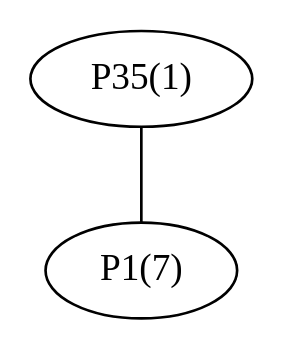
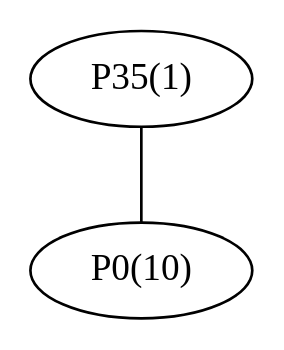
Before and after one commit to afkpost/P2PN_2014: the diagram in files/P35/graph_P35.dot, drawn with Graphviz. The commit also changed 110 other files, not shown here.

```diff
--- a/files/P35/graph_P35.dot
+++ b/files/P35/graph_P35.dot
@@ -1,5 +1,5 @@
 graph network {
 	"P35(1)";
-	"P1(7)";
-	"P35(1)" -- "P1(7)";
+	"P0(10)";
+	"P35(1)" -- "P0(10)";
 }
```
